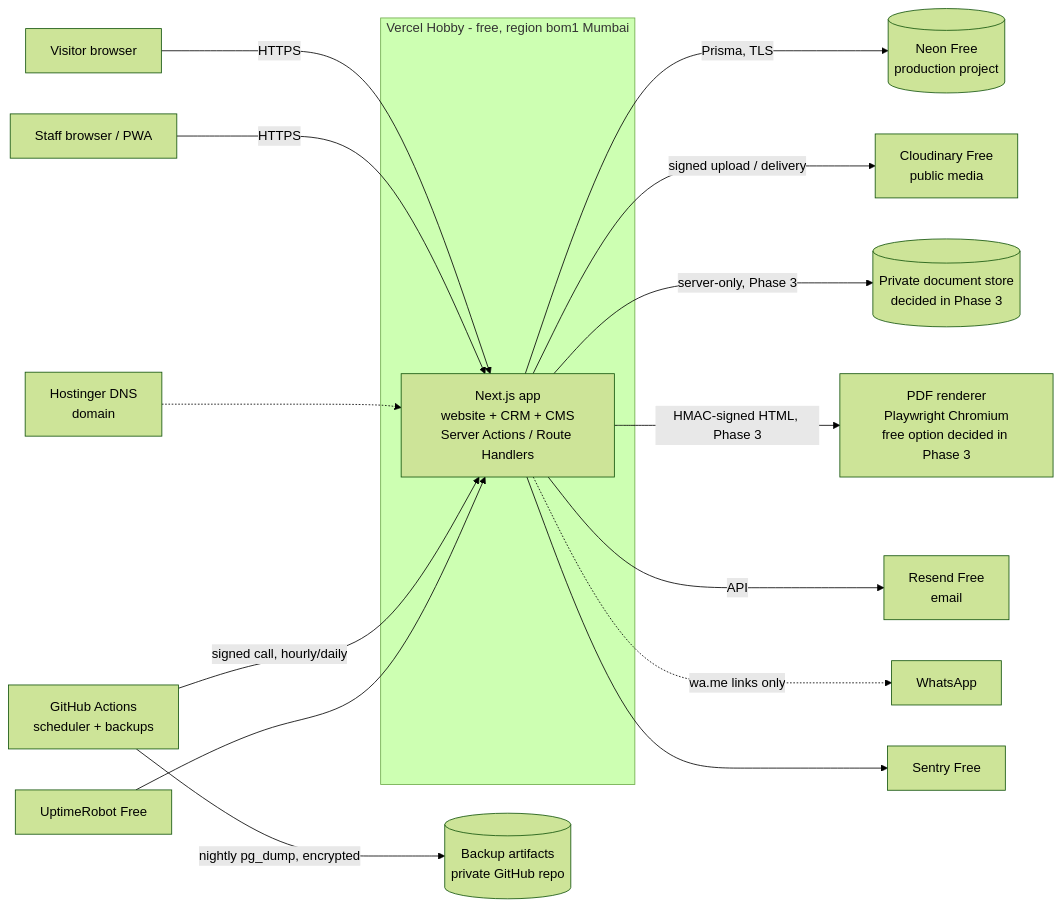
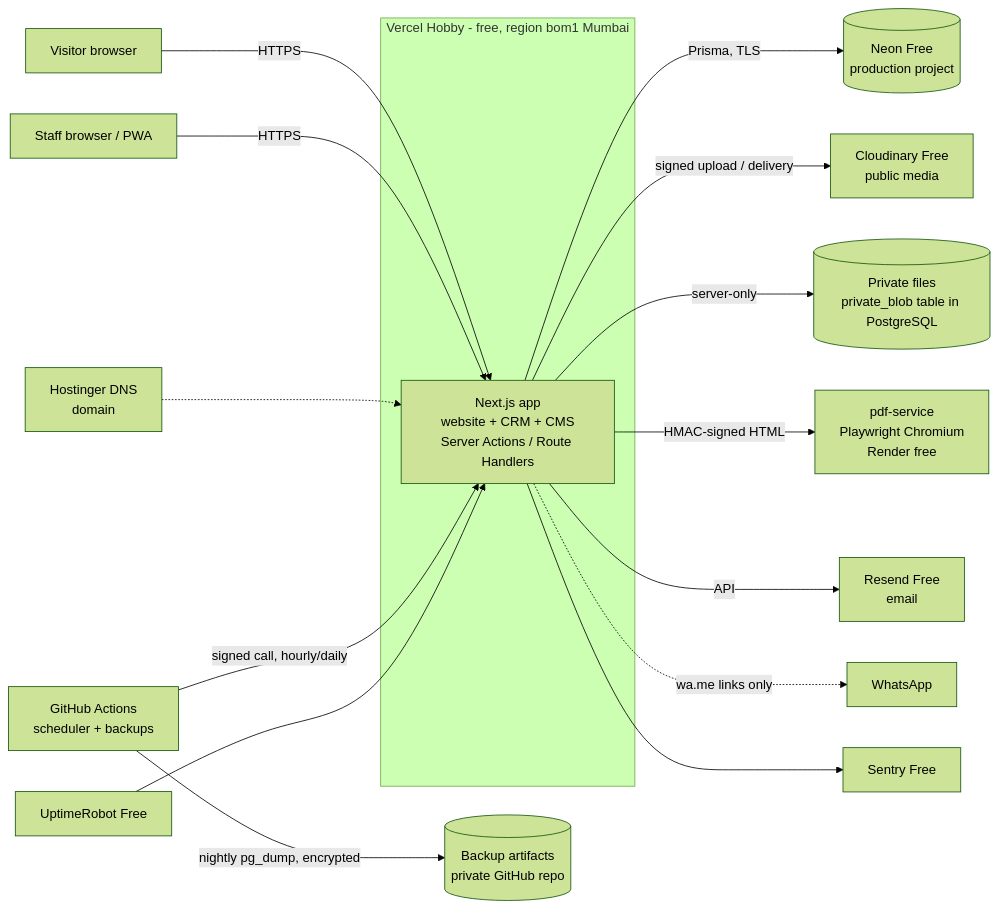
Before and after one commit to SHUBHAMREWA/thesundarampalace: the diagram in docs/architecture.md, drawn with Mermaid (forest theme). The commit also changed other lines of this file and 54 other files, not shown here.

````diff
--- a/docs/architecture.md
+++ b/docs/architecture.md
@@ -22,19 +22,19 @@
 ```mermaid
 flowchart LR
   visitor[Visitor browser] -->|HTTPS| app
   staff[Staff browser / PWA] -->|HTTPS| app
   dns[Hostinger DNS<br/>domain] -.-> app
   subgraph Vercel [Vercel Hobby - free, region bom1 Mumbai]
     app[Next.js app<br/>website + CRM + CMS<br/>Server Actions / Route Handlers]
   end
   gha[GitHub Actions<br/>scheduler + backups] -->|signed call, hourly/daily| app
   app -->|Prisma, TLS| db[(Neon Free<br/>production project)]
   gha -->|nightly pg_dump, encrypted| bk[(Backup artifacts<br/>private GitHub repo)]
   app -->|signed upload / delivery| cld[Cloudinary Free<br/>public media]
-  app -->|server-only, Phase 3| priv[(Private document store<br/>decided in Phase 3)]
-  app -->|HMAC-signed HTML, Phase 3| pdf[PDF renderer<br/>Playwright Chromium<br/>free option decided in Phase 3]
+  app -->|server-only| priv[(Private files<br/>private_blob table in PostgreSQL)]
+  app -->|HMAC-signed HTML| pdf[pdf-service<br/>Playwright Chromium<br/>Render free]
   app -->|API| mail[Resend Free<br/>email]
   app -.->|wa.me links only| wa[WhatsApp]
   app --> sentry[Sentry Free]
   uptime[UptimeRobot Free] --> app
 ```
````
